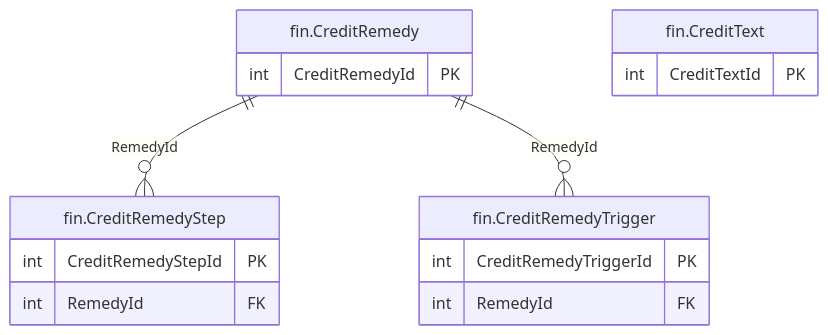
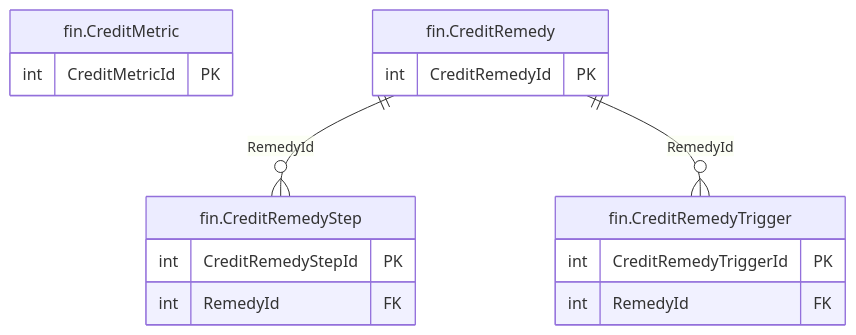
One commit to thawrasy/smartlines changed the diagram in treasury-platform/docs/diagrams/erd/m5_financials_6.mmd. Above: the diagram before and after it, drawn with Mermaid. The commit also changed 217 other files, not shown here.

```diff
--- a/treasury-platform/docs/diagrams/erd/m5_financials_6.mmd
+++ b/treasury-platform/docs/diagrams/erd/m5_financials_6.mmd
@@ -1,18 +1,18 @@
 %% م5 · البيانات المالية والأرصدة (6/14) — Financial statements & balances
 erDiagram
+  fin_CreditMetric["fin.CreditMetric"] {
+    int CreditMetricId PK
+  }
   fin_CreditRemedy["fin.CreditRemedy"] {
     int CreditRemedyId PK
   }
   fin_CreditRemedyStep["fin.CreditRemedyStep"] {
     int CreditRemedyStepId PK
     int RemedyId FK
   }
   fin_CreditRemedyTrigger["fin.CreditRemedyTrigger"] {
     int CreditRemedyTriggerId PK
     int RemedyId FK
   }
-  fin_CreditText["fin.CreditText"] {
-    int CreditTextId PK
-  }
   fin_CreditRemedy ||--o{ fin_CreditRemedyStep : "RemedyId"
   fin_CreditRemedy ||--o{ fin_CreditRemedyTrigger : "RemedyId"
```
